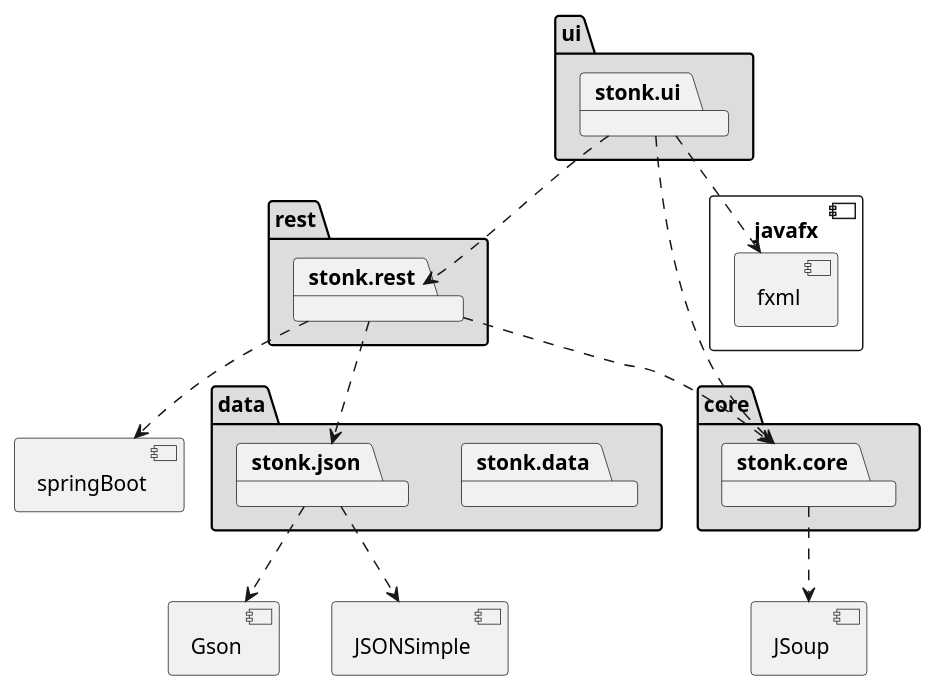
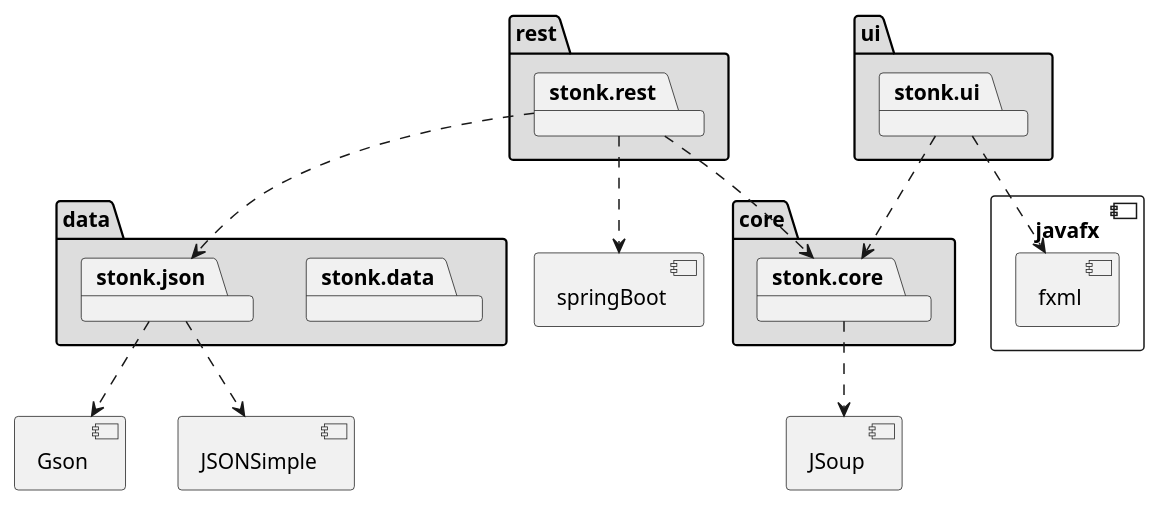
The diagram in docs/diagramsUML/package.wsd (Camtrup/StonkApp), drawn with PlantUML before and after one commit. The commit also changed 2 other files, not shown here.

```diff
--- a/docs/diagramsUML/package.wsd
+++ b/docs/diagramsUML/package.wsd
@@ -1,48 +1,47 @@
 @startuml packageDiag
 
 package "rest" #DDDDDD {
   package stonk.rest 
 }
 package "ui" #DDDDDD {
   package stonk.ui
 }
 package "core" #DDDDDD {
   package stonk.core 
 }
 package "data" #DDDDDD {
   package stonk.data 
   package stonk.json 
 }
 
 component javafx{
   component fxml
 }
 
 component Gson
 
 component JSoup
 
 component JSONSimple
 
 component springBoot
 
 
 stonk.rest ..> springBoot
 stonk.rest ..> stonk.core 
 stonk.rest ..> stonk.json
-stonk.ui ..> stonk.rest
 stonk.ui ..> fxml
 stonk.ui ..> stonk.core   
 stonk.json ..> Gson
 stonk.json ..> JSONSimple
 stonk.core ..> JSoup
 
 
 /' 
 node1 -- node2 : label1
 node1 .. node3 : label2
 node1 ~~ node4 : label3
 node1 == node5
 '/
 
 @enduml
```
